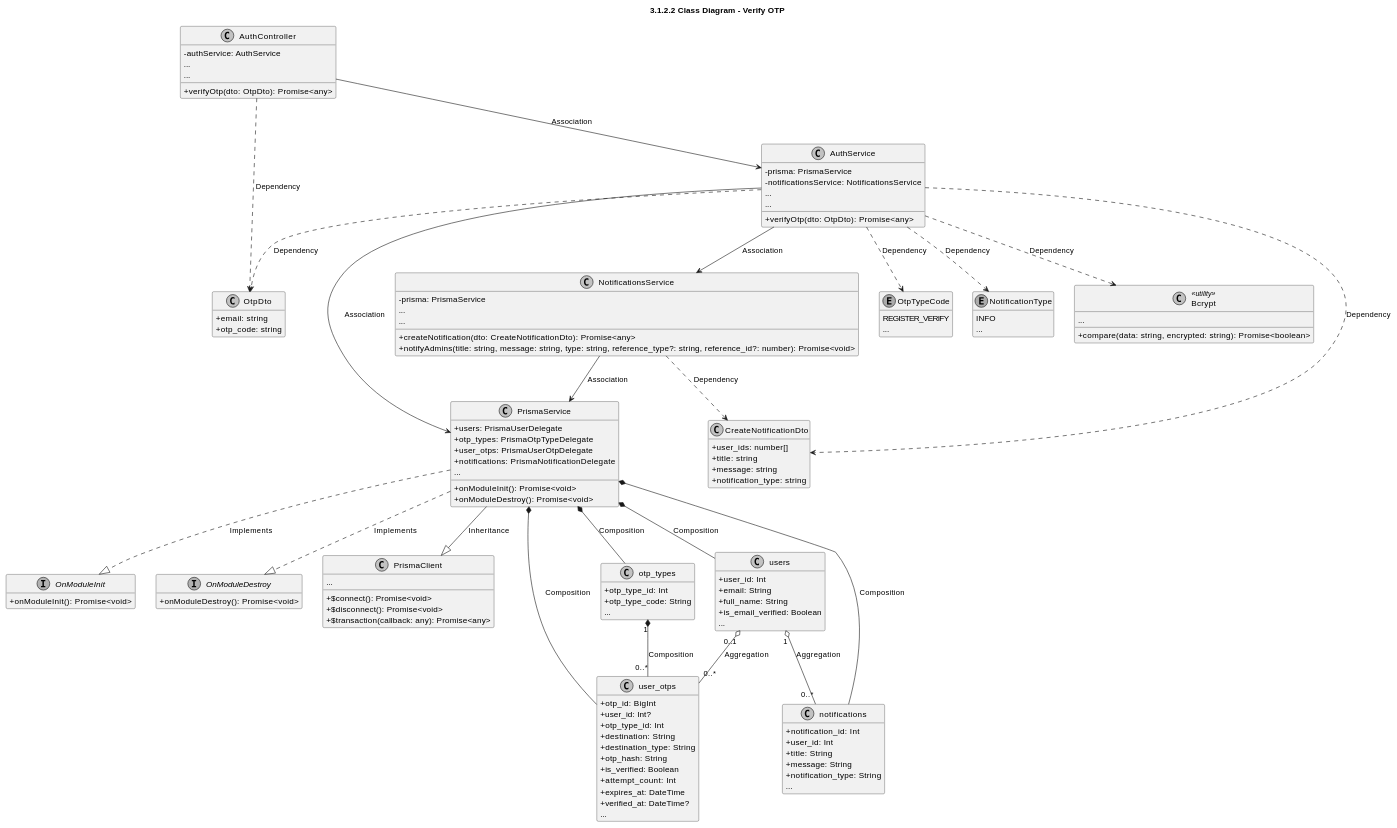
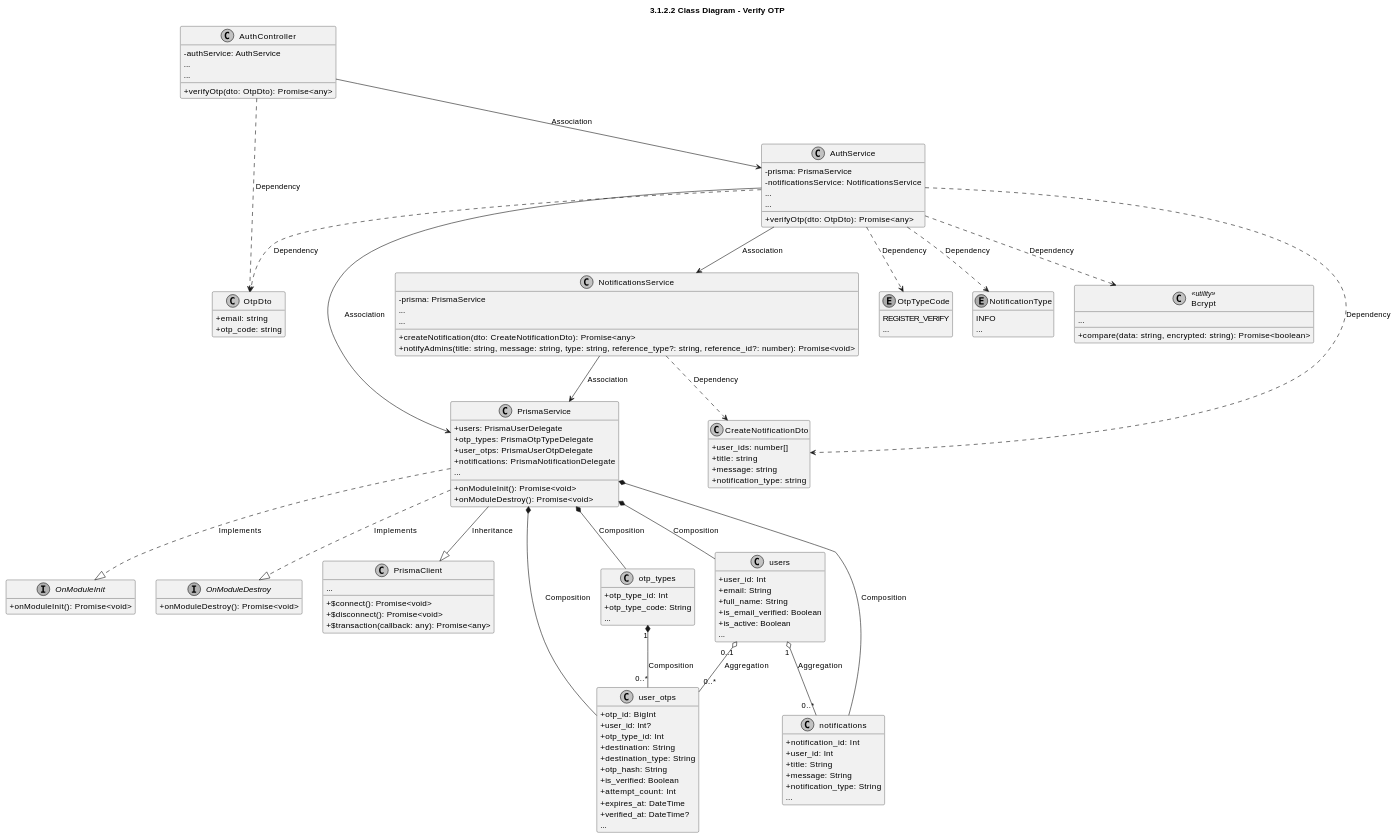
One commit to CuongBC195/class-diagram-donation-blood changed the third of 8 diagrams in modules_plantuml/01_auth.md. Above: the diagram before and after it, drawn with PlantUML. The commit also changed other lines of this file and 39 other files, not shown here.

Commit message:
fix(diagrams): apply strict ellipsis rules and synchronize entity/DTO relationships across all 13 modules

```diff
--- a/modules_plantuml/01_auth.md
+++ b/modules_plantuml/01_auth.md
@@ -428,6 +478,7 @@
   +email: String
   +full_name: String
   +is_email_verified: Boolean
+  +is_active: Boolean
   ...
 }
 
```
